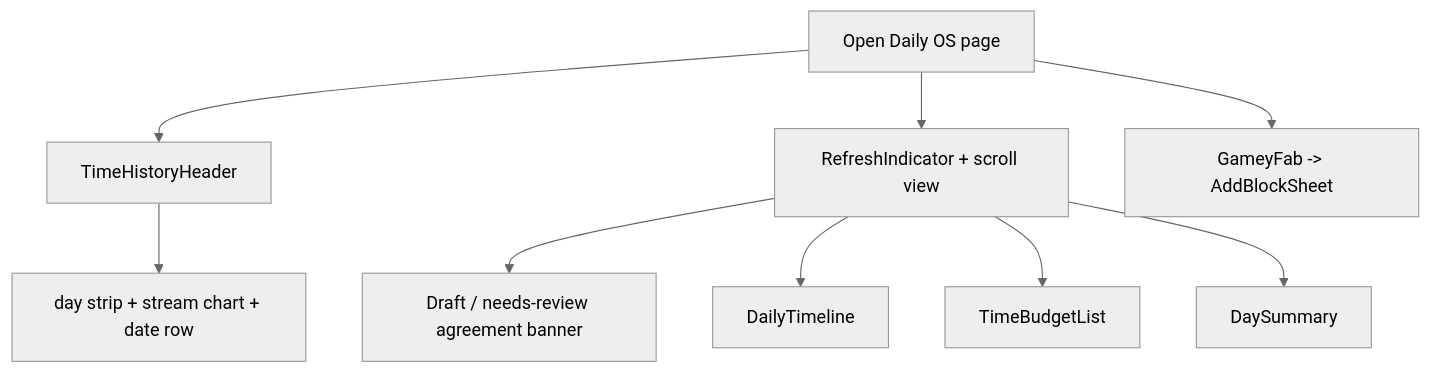
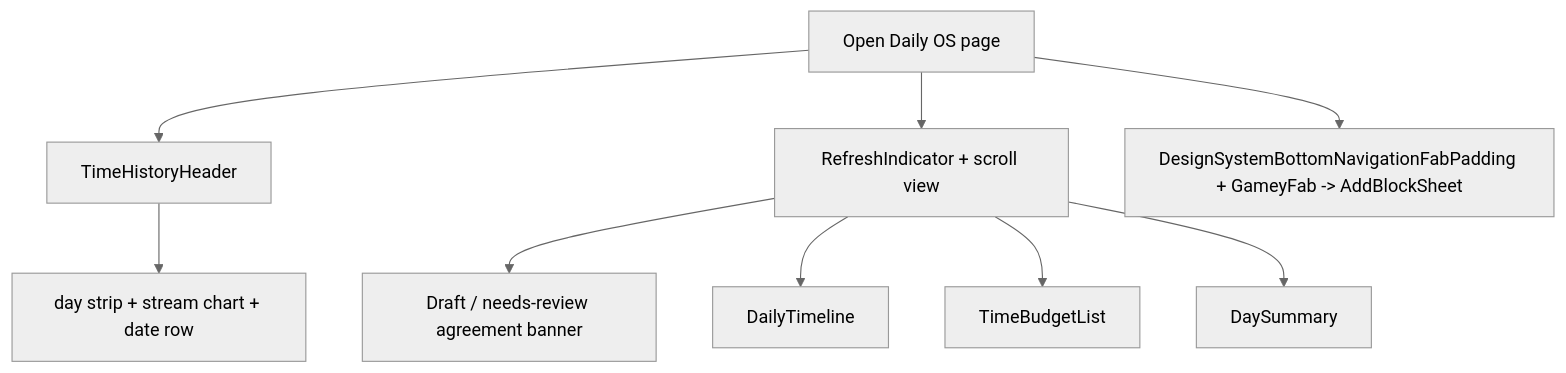
Before and after one commit to matthiasn/lotti: the third of 7 diagrams in lib/features/daily_os/README.md, drawn with Mermaid (neutral theme). The commit also changed 26 other files, not shown here.

````diff
--- a/lib/features/daily_os/README.md
+++ b/lib/features/daily_os/README.md
@@ -106,11 +106,11 @@
 ```mermaid
 flowchart TD
   Open["Open Daily OS page"] --> Header["TimeHistoryHeader"]
   Header --> HeaderBits["day strip + stream chart + date row"]
   Open --> Body["RefreshIndicator + scroll view"]
   Body --> Banner["Draft / needs-review agreement banner"]
   Body --> Timeline["DailyTimeline"]
   Body --> Budgets["TimeBudgetList"]
   Body --> Summary["DaySummary"]
-  Open --> FAB["GameyFab -> AddBlockSheet"]
+  Open --> FAB["DesignSystemBottomNavigationFabPadding + GameyFab -> AddBlockSheet"]
 ```
````
